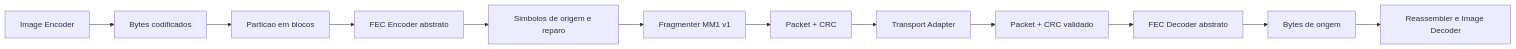
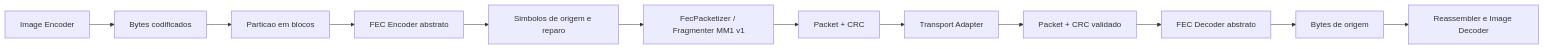
The second of 3 diagrams in docs/architecture.md (FernandoPucci/meshmedia-lab), drawn with Mermaid before and after one commit. The commit also changed other lines of this file and 23 other files, not shown here.

````diff
--- a/docs/architecture.md
+++ b/docs/architecture.md
@@ -145,14 +147,14 @@
 ```mermaid
 flowchart LR
     A[Image Encoder] --> B[Bytes codificados]
     B --> C[Particao em blocos]
     C --> D[FEC Encoder abstrato]
     D --> E[Simbolos de origem e reparo]
-    E --> F[Fragmenter MM1 v1]
+    E --> F[FecPacketizer / Fragmenter MM1 v1]
     F --> G[Packet + CRC]
     G --> H[Transport Adapter]
     H --> I[Packet + CRC validado]
     I --> J[FEC Decoder abstrato]
     J --> K[Bytes de origem]
     K --> L[Reassembler e Image Decoder]
 ```
````
